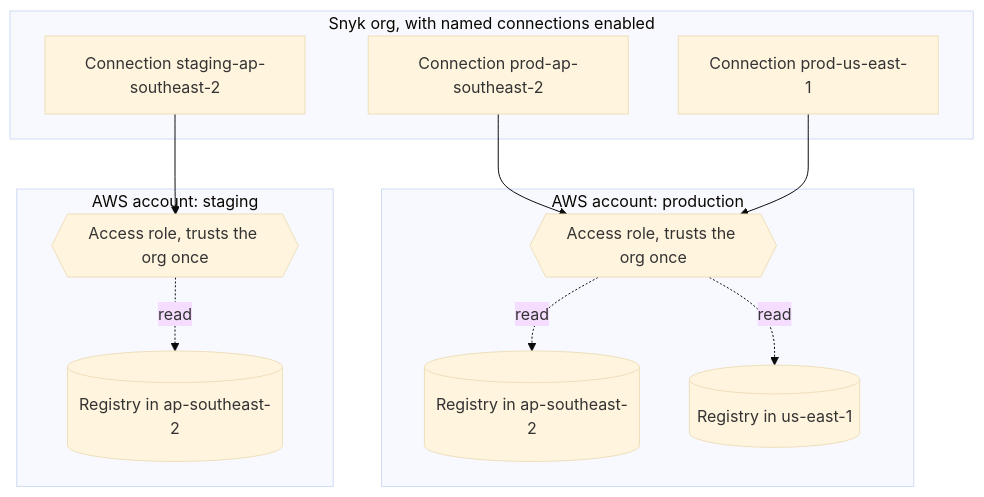
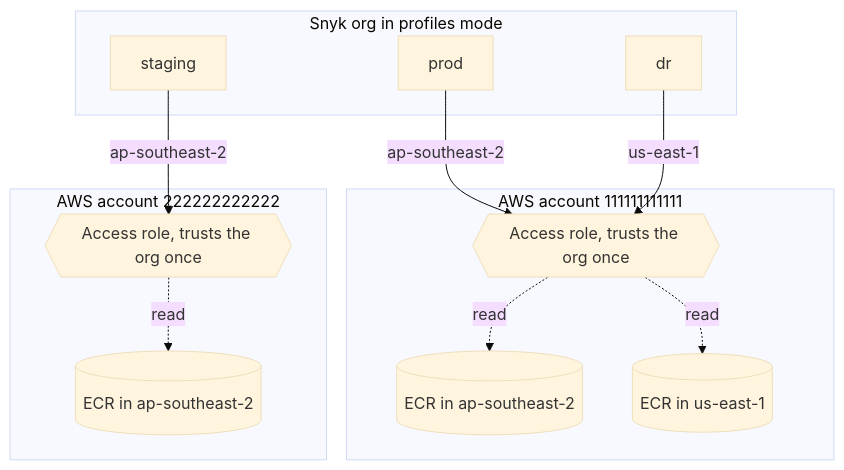
Before and after one commit to atirado-snyk/auto-ecr-onboarding: the second of 3 diagrams in specs/002-multi-ecr-connections/spec.md, drawn with Mermaid (base theme). The commit also changed other lines of this file and 2 other files, not shown here.

````diff
--- a/specs/002-multi-ecr-connections/spec.md
+++ b/specs/002-multi-ecr-connections/spec.md
@@ -29,23 +44,23 @@
 ```mermaid
 flowchart TB
-    subgraph ORG["Snyk org, with named connections enabled"]
-        c1["Connection prod-ap-southeast-2"]
-        c2["Connection prod-us-east-1"]
-        c3["Connection staging-ap-southeast-2"]
+    subgraph ORG["Snyk org in profiles mode"]
+        cp["prod"]
+        cs["staging"]
+        cd["dr"]
     end
-    subgraph PROD["AWS account: production"]
-        rp{{"Access role, trusts the org once"}}
-        rp1[("Registry in ap-southeast-2")]
-        rp2[("Registry in us-east-1")]
+    subgraph A["AWS account 111111111111"]
+        ra{{"Access role, trusts the org once"}}
+        a1[("ECR in ap-southeast-2")]
+        a2[("ECR in us-east-1")]
     end
-    subgraph STG["AWS account: staging"]
-        rs{{"Access role, trusts the org once"}}
-        rs1[("Registry in ap-southeast-2")]
+    subgraph B["AWS account 222222222222"]
+        rb{{"Access role, trusts the org once"}}
+        b1[("ECR in ap-southeast-2")]
     end
-    c1 --> rp
-    c2 --> rp
-    c3 --> rs
-    rp -. "read" .-> rp1
-    rp -. "read" .-> rp2
-    rs -. "read" .-> rs1
+    cp -- "ap-southeast-2" --> ra
+    cd -- "us-east-1" --> ra
+    cs -- "ap-southeast-2" --> rb
+    ra -. "read" .-> a1
+    ra -. "read" .-> a2
+    rb -. "read" .-> b1
 ```
````
